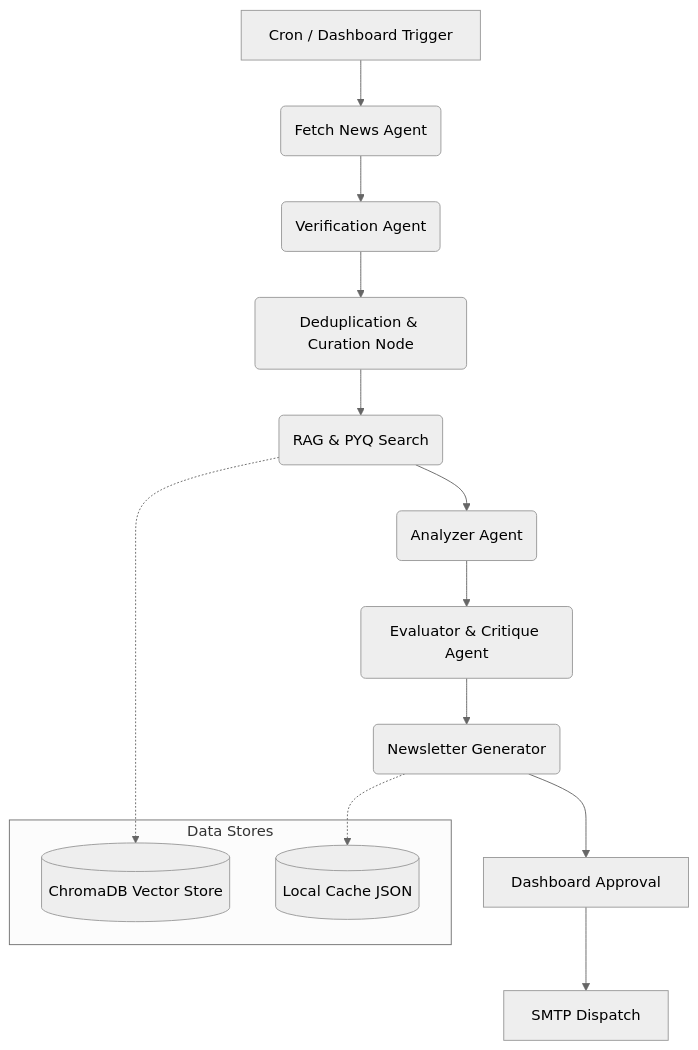
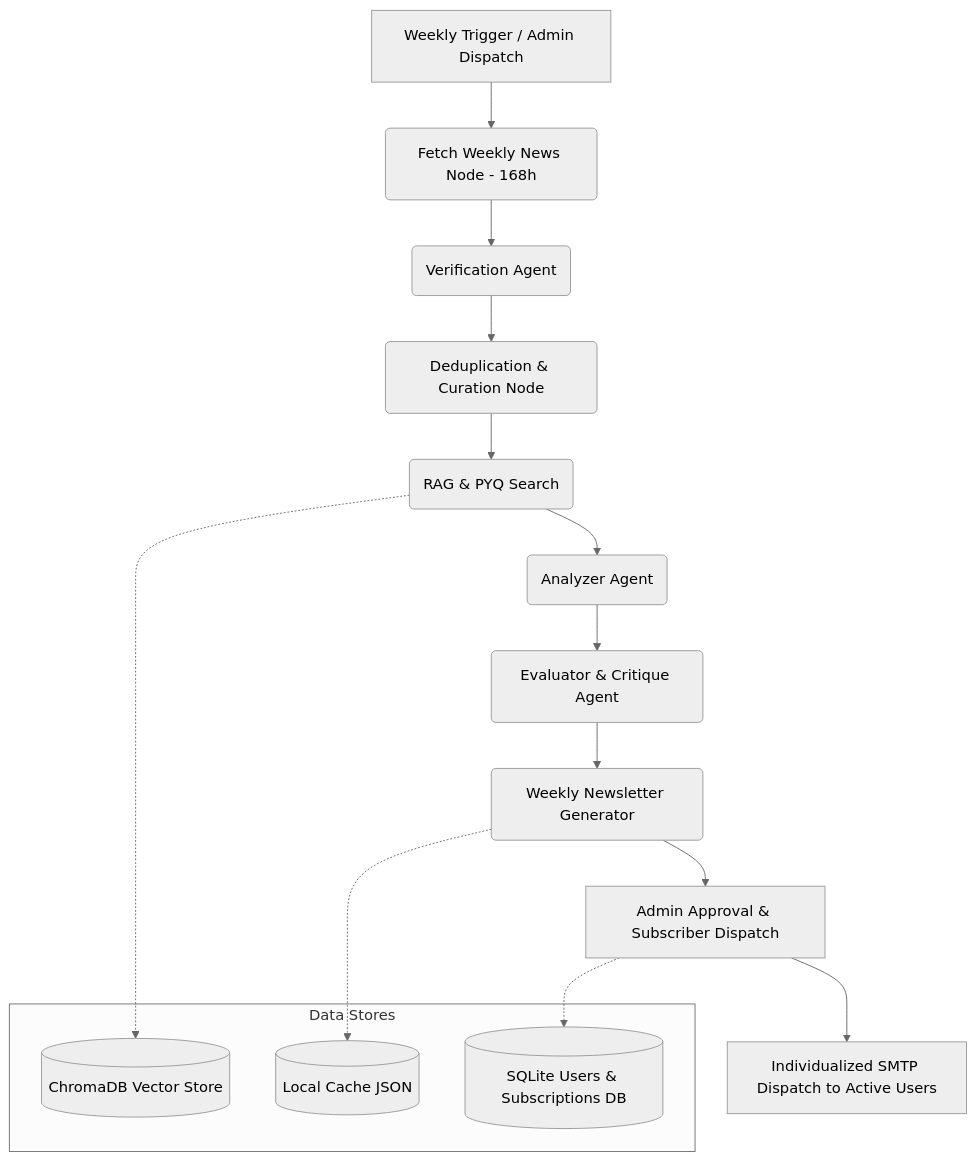
The diagram in README.md (Raj-Kedia/UPSC-Current-affair-agent), drawn with Mermaid (neutral theme) before and after one commit. The commit also changed other lines of this file and 11 other files, not shown here.

````diff
--- a/README.md
+++ b/README.md
@@ -24,20 +26,22 @@
 ```mermaid
 graph TD
-    A[Cron / Dashboard Trigger] --> B(Fetch News Agent)
+    A[Weekly Trigger / Admin Dispatch] --> B(Fetch Weekly News Node - 168h)
     B --> C(Verification Agent)
     C --> D(Deduplication & Curation Node)
     D --> E(RAG & PYQ Search)
     E --> F(Analyzer Agent)
     F --> G(Evaluator & Critique Agent)
-    G --> H(Newsletter Generator)
-    H --> I[Dashboard Approval]
-    I --> J[SMTP Dispatch]
+    G --> H(Weekly Newsletter Generator)
+    H --> I[Admin Approval & Subscriber Dispatch]
+    I --> J[Individualized SMTP Dispatch to Active Users]
     
     subgraph Data Stores
     K[(ChromaDB Vector Store)]
     L[(Local Cache JSON)]
+    M[(SQLite Users & Subscriptions DB)]
     end
     
     E -.-> K
     H -.-> L
+    I -.-> M
 ```
````
